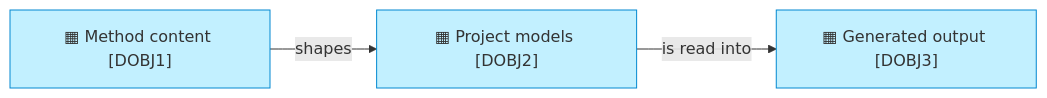
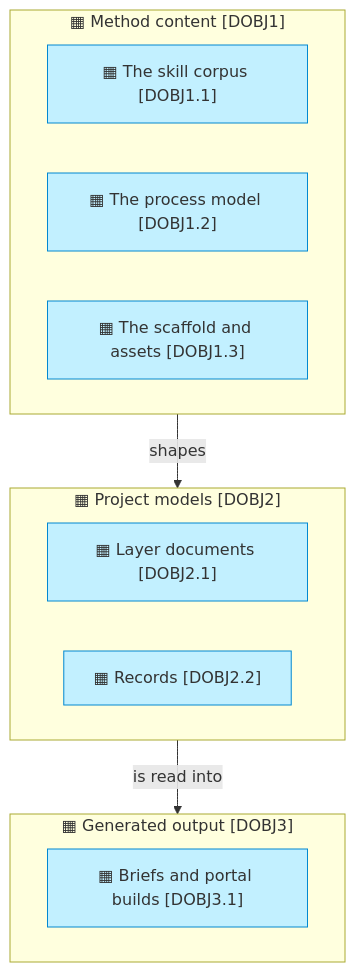
Before and after one commit to roanboc/architecture-archreator: the second of 2 diagrams in product-archreator/architecture/3_information/1_data-domains-and-objects.md, drawn with Mermaid. The commit also changed 4 other files, not shown here.

````diff
--- a/product-archreator/architecture/3_information/1_data-domains-and-objects.md
+++ b/product-archreator/architecture/3_information/1_data-domains-and-objects.md
@@ -23,11 +23,20 @@
 ```mermaid
-flowchart LR
-  d1["▦ Method content [DOBJ1]"]:::info
-  d2["▦ Project models [DOBJ2]"]:::info
-  d3["▦ Generated output [DOBJ3]"]:::info
+flowchart TB
+  subgraph d1["▦ Method content [DOBJ1]"]
+    d11["▦ The skill corpus [DOBJ1.1]"]:::info
+    d12["▦ The process model [DOBJ1.2]"]:::info
+    d13["▦ The scaffold and assets [DOBJ1.3]"]:::info
+  end
+  subgraph d2["▦ Project models [DOBJ2]"]
+    d21["▦ Layer documents [DOBJ2.1]"]:::info
+    d22["▦ Records [DOBJ2.2]"]:::info
+  end
+  subgraph d3["▦ Generated output [DOBJ3]"]
+    d31["▦ Briefs and portal builds [DOBJ3.1]"]:::info
+  end
 
   d1 -->|shapes| d2
   d2 -->|is read into| d3
 
   classDef info fill:#c2f0ff,stroke:#0288d1,color:#333
 ```
````
